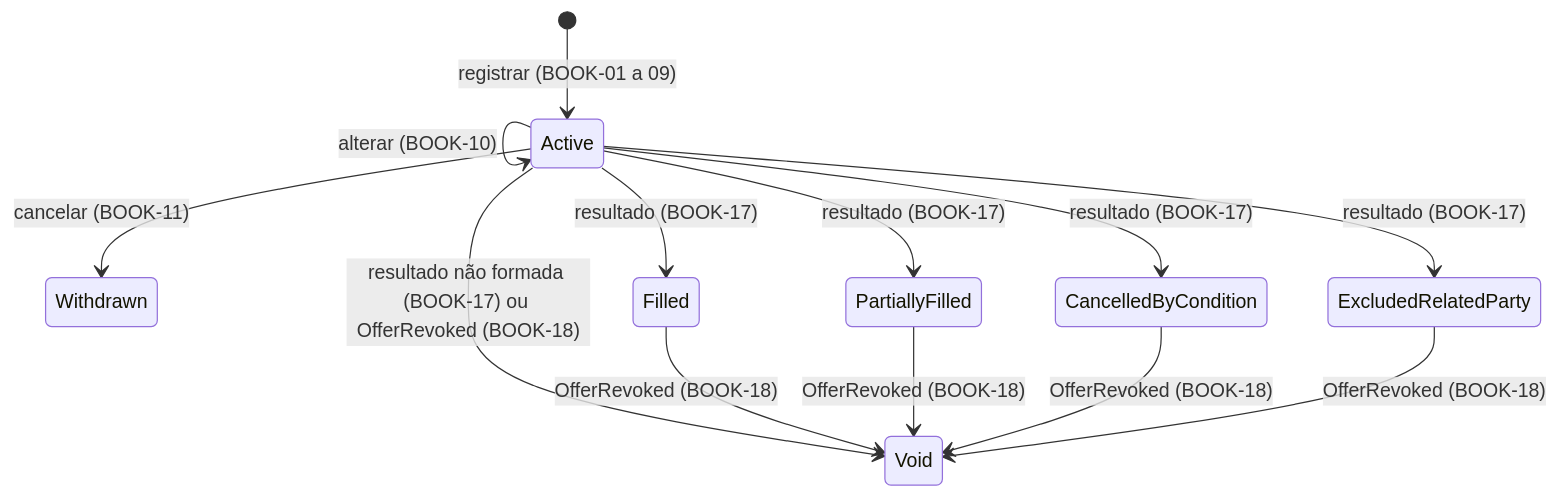
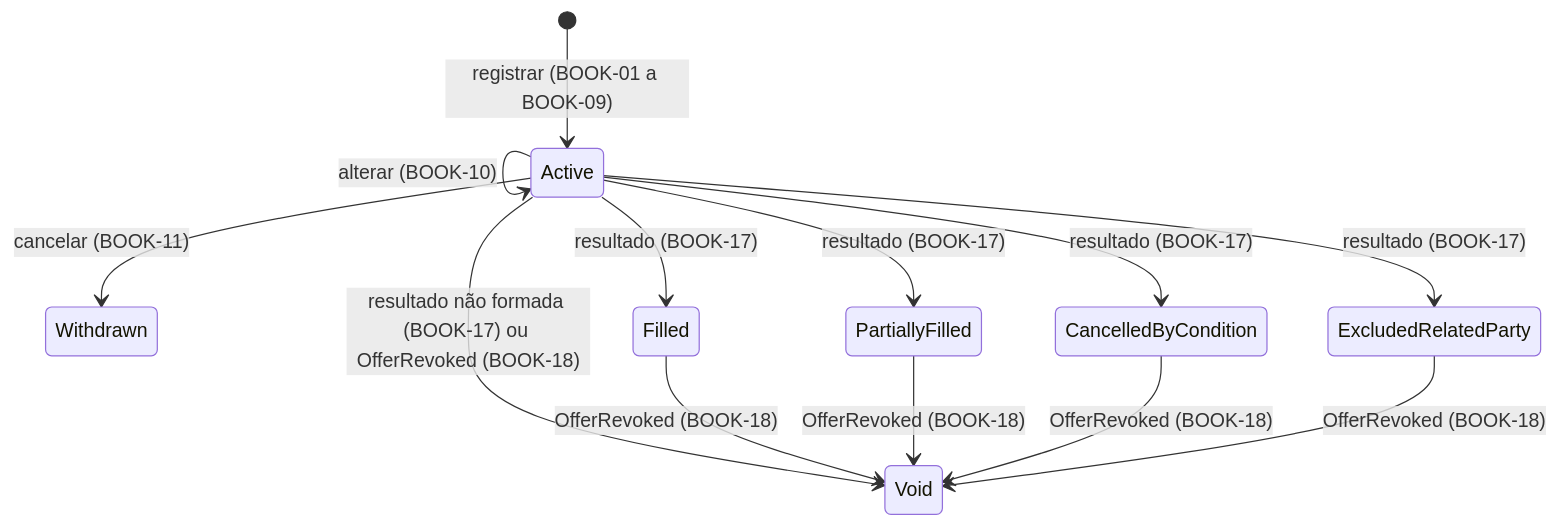
Before and after one commit to guilhermesalvi/fund-distribution-platform: the diagram in docs/prd/0002-reservation-book-reservation-lifecycle.md, drawn with Mermaid. The commit also changed other lines of this file and 3 other files, not shown here.

````diff
--- a/docs/prd/0002-reservation-book-reservation-lifecycle.md
+++ b/docs/prd/0002-reservation-book-reservation-lifecycle.md
@@ -35,15 +29,15 @@
 ```mermaid
 stateDiagram-v2
-    [*] --> Active: registrar (BOOK-01 a 09)
+    [*] --> Active: registrar (BOOK-01 a BOOK-09)
     Active --> Active: alterar (BOOK-10)
     Active --> Withdrawn: cancelar (BOOK-11)
     Active --> Filled: resultado (BOOK-17)
     Active --> PartiallyFilled: resultado (BOOK-17)
     Active --> CancelledByCondition: resultado (BOOK-17)
     Active --> ExcludedRelatedParty: resultado (BOOK-17)
     Active --> Void: resultado não formada (BOOK-17) ou OfferRevoked (BOOK-18)
     Filled --> Void: OfferRevoked (BOOK-18)
     PartiallyFilled --> Void: OfferRevoked (BOOK-18)
     CancelledByCondition --> Void: OfferRevoked (BOOK-18)
     ExcludedRelatedParty --> Void: OfferRevoked (BOOK-18)
 ```
````
